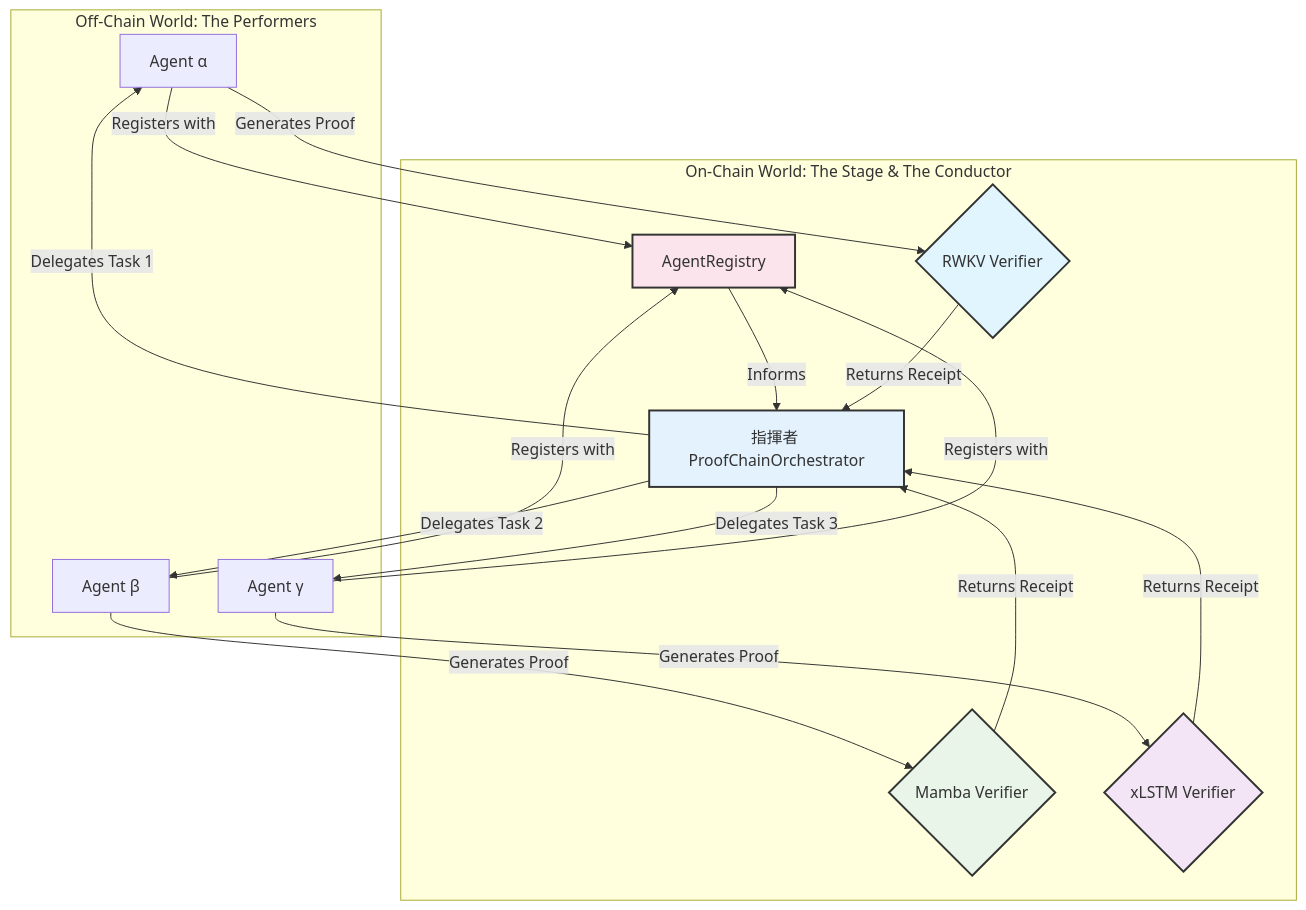
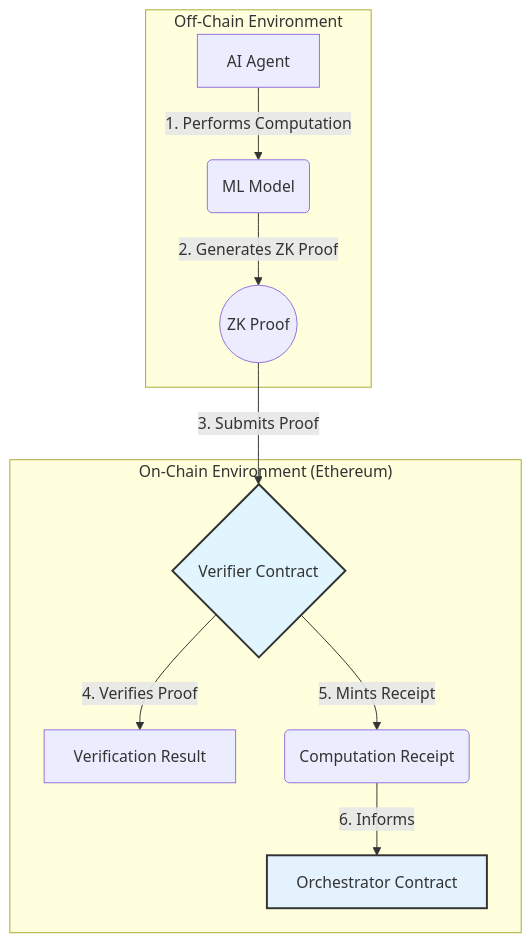
Before and after one commit to bmorphism/ezkl-ethglobal2025: the diagram in README.md, drawn with Mermaid. The commit also changed other lines of this file, not shown here.

````diff
--- a/README.md
+++ b/README.md
@@ -58,34 +39,17 @@
 ```mermaid
 graph TD
-    subgraph "Off-Chain World: The Performers"
-        A[Agent α]
-        B[Agent β]
-        C[Agent γ]
+    subgraph "Off-Chain Environment"
+        A[AI Agent] -- 1. Performs Computation --> B(ML Model)
+        B -- 2. Generates ZK Proof --> C((ZK Proof))
     end
 
-    subgraph "On-Chain World: The Stage & The Conductor"
-        A -- Registers with --> R[AgentRegistry]
-        B -- Registers with --> R
-        C -- Registers with --> R
+    subgraph "On-Chain Environment (Ethereum)"
+        C -- 3. Submits Proof --> D{Verifier Contract}
+        D -- 4. Verifies Proof --> E[Verification Result]
+        D -- 5. Mints Receipt --> F(Computation Receipt)
+        F -- 6. Informs --> G[Orchestrator Contract]
+    end
 
-        R -- Informs --> O[指揮者 ProofChainOrchestrator]
-
-        A -- Generates Proof --> V1{RWKV Verifier}
-        O -- Delegates Task 1 --> A
-        V1 -- Returns Receipt --> O
-
-        B -- Generates Proof --> V2{Mamba Verifier}
-        O -- Delegates Task 2 --> B
-        V2 -- Returns Receipt --> O
-
-        C -- Generates Proof --> V3{xLSTM Verifier}
-        O -- Delegates Task 3 --> C
-        V3 -- Returns Receipt --> O
-    end
-    
-    style R fill:#fce4ec,stroke:#333,stroke-width:2px
-    style O fill:#e3f2fd,stroke:#333,stroke-width:2px
-    style V1 fill:#e1f5fe,stroke:#333,stroke-width:2px
-    style V2 fill:#e8f5e8,stroke:#333,stroke-width:2px
-    style V3 fill:#f3e5f5,stroke:#333,stroke-width:2px
+    style D fill:#e1f5fe,stroke:#333,stroke-width:2px
+    style G fill:#e3f2fd,stroke:#333,stroke-width:2px
 ```
````
